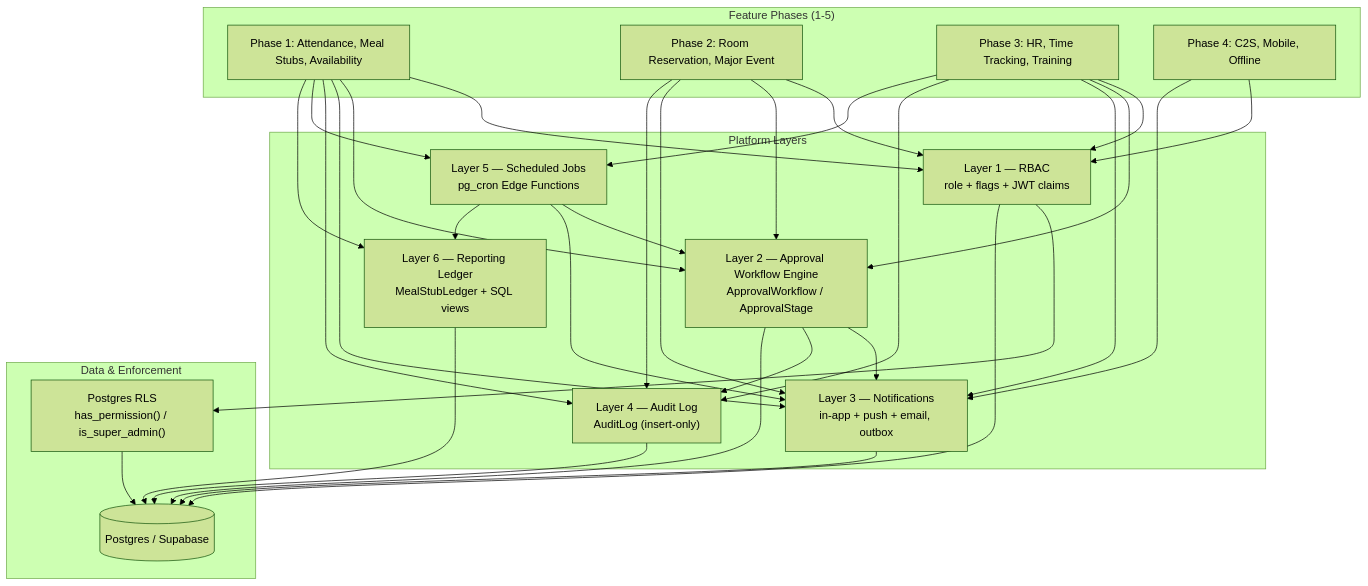
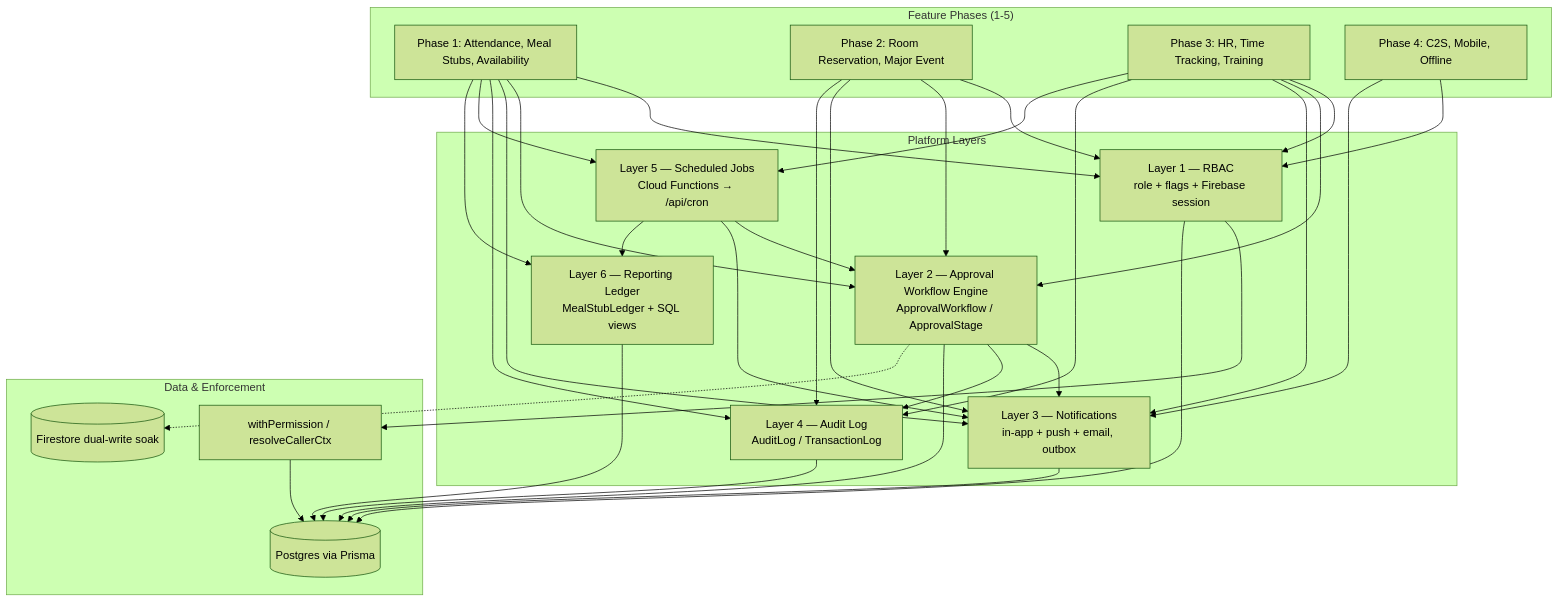
Before and after one commit to njcarlo/studio: the first of 9 diagrams in docs/PLATFORM_ARCHITECTURE.md, drawn with Mermaid (forest theme). The commit also changed other lines of this file and 20 other files, not shown here.

First line of the commit message:
docs: align architecture, skills, and plans with Firebase stack

````diff
--- a/docs/PLATFORM_ARCHITECTURE.md
+++ b/docs/PLATFORM_ARCHITECTURE.md
@@ -16,54 +21,56 @@
 ```mermaid
 graph TB
     subgraph "Feature Phases (1-5)"
         F1[Phase 1: Attendance, Meal Stubs, Availability]
         F2[Phase 2: Room Reservation, Major Event]
         F3[Phase 3: HR, Time Tracking, Training]
         F4[Phase 4: C2S, Mobile, Offline]
     end
 
     subgraph "Platform Layers"
-        L1["Layer 1 — RBAC\nrole + flags + JWT claims"]
+        L1["Layer 1 — RBAC\nrole + flags + Firebase session"]
         L2["Layer 2 — Approval Workflow Engine\nApprovalWorkflow / ApprovalStage"]
         L3["Layer 3 — Notifications\nin-app + push + email, outbox"]
-        L4["Layer 4 — Audit Log\nAuditLog (insert-only)"]
-        L5["Layer 5 — Scheduled Jobs\npg_cron Edge Functions"]
+        L4["Layer 4 — Audit Log\nAuditLog / TransactionLog"]
+        L5["Layer 5 — Scheduled Jobs\nCloud Functions → /api/cron"]
         L6["Layer 6 — Reporting Ledger\nMealStubLedger + SQL views"]
     end
 
     subgraph "Data & Enforcement"
-        RLS["Postgres RLS\nhas_permission() / is_super_admin()"]
-        DB[(Postgres / Supabase)]
+        AuthGate["withPermission / resolveCallerCtx"]
+        DB[(Postgres via Prisma)]
+        FS[(Firestore dual-write soak)]
     end
 
     F1 --> L1
     F1 --> L2
     F1 --> L3
     F1 --> L4
     F1 --> L5
     F1 --> L6
     F2 --> L1
     F2 --> L2
     F2 --> L3
     F2 --> L4
     F3 --> L1
     F3 --> L2
     F3 --> L3
     F3 --> L4
     F3 --> L5
     F4 --> L1
     F4 --> L3
 
-    L1 --> RLS
+    L1 --> AuthGate
     L2 --> L3
     L2 --> L4
     L5 --> L2
     L5 --> L3
     L5 --> L6
     L1 --> DB
     L2 --> DB
     L3 --> DB
     L4 --> DB
     L6 --> DB
-    RLS --> DB
+    AuthGate --> DB
+    L2 -.-> FS
 ```
````
